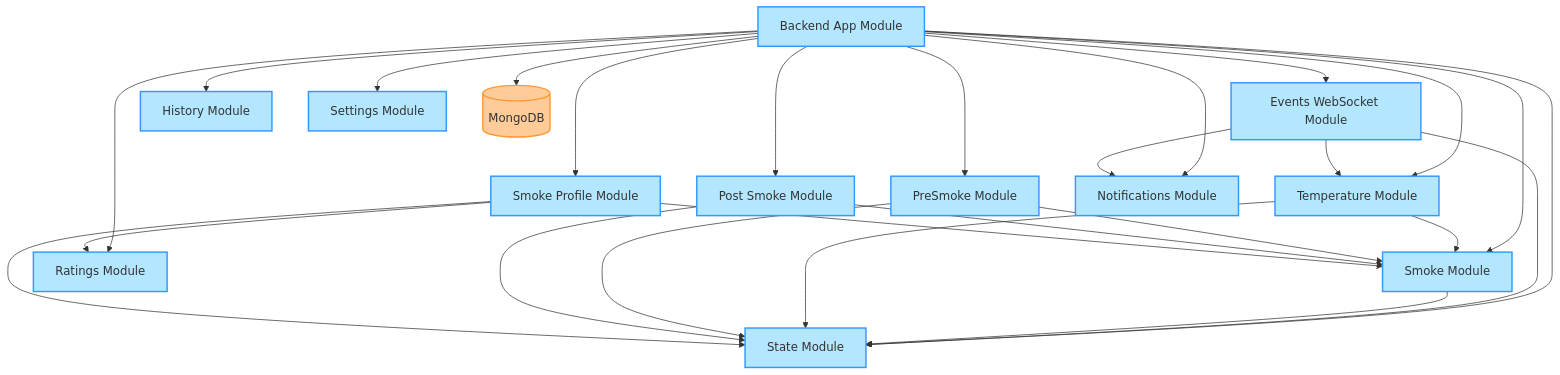
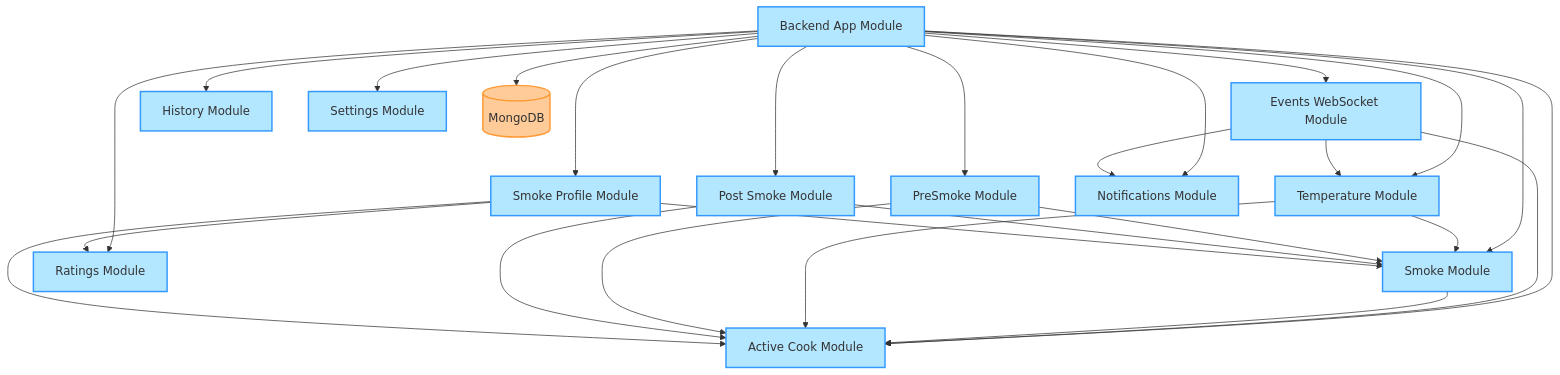
One commit to benjr70/Smart-Smoker-V2 changed the first of 3 diagrams in docs/Backend/backend-architecture.md. Above: the diagram before and after it, drawn with Mermaid. The commit also changed other lines of this file and 32 other files, not shown here.

First line of the commit message:
feat(backend): delete the leftovers — State module, current-smoke helper, raw state routes (#754) (#776)

````diff
--- a/docs/Backend/backend-architecture.md
+++ b/docs/Backend/backend-architecture.md
@@ -10,47 +10,47 @@
 ```mermaid
 graph TD
-    AppModule[Backend App Module] --> StateModule[State Module]
+    AppModule[Backend App Module] --> ActiveCookModule[Active Cook Module]
     AppModule --> PreSmokeModule[PreSmoke Module]
     AppModule --> SmokeModule[Smoke Module]
     AppModule --> EventsModule[Events WebSocket Module]
     AppModule --> TempModule[Temperature Module]
     AppModule --> SmokeProfileModule[Smoke Profile Module]
     AppModule --> PostSmokeModule[Post Smoke Module]
     AppModule --> RatingsModel[Ratings Module]
     AppModule --> HistoryModule[History Module]
     AppModule --> NotificationsModule[Notifications Module]
     AppModule --> SettingsModule[Settings Module]
     
     %% WebSocket gateway dependencies
-    EventsModule --> StateModule
+    EventsModule --> ActiveCookModule
     EventsModule --> TempModule
     EventsModule --> NotificationsModule
     
     %% Smoke Module dependencies
-    SmokeModule --> StateModule
+    SmokeModule --> ActiveCookModule
     
     %% Temp Module dependencies
-    TempModule --> StateModule
+    TempModule --> ActiveCookModule
     TempModule --> SmokeModule
     
     %% PreSmoke Module dependencies
-    PreSmokeModule --> StateModule
+    PreSmokeModule --> ActiveCookModule
     PreSmokeModule --> SmokeModule
     
     %% PostSmoke Module dependencies
-    PostSmokeModule --> StateModule
+    PostSmokeModule --> ActiveCookModule
     PostSmokeModule --> SmokeModule
     
     %% SmokeProfile Module dependencies
-    SmokeProfileModule --> StateModule
+    SmokeProfileModule --> ActiveCookModule
     SmokeProfileModule --> SmokeModule
     SmokeProfileModule --> RatingsModel
     
     %% Database connection
     AppModule --> MongoDB[(MongoDB)]
     
     classDef module fill:#b3e6ff,stroke:#3399ff,stroke-width:2px;
     classDef database fill:#ffcc99,stroke:#ff9933,stroke-width:2px;
-    class AppModule,StateModule,PreSmokeModule,SmokeModule,EventsModule,TempModule,SmokeProfileModule,PostSmokeModule,RatingsModel,HistoryModule,NotificationsModule,SettingsModule module;
+    class AppModule,ActiveCookModule,PreSmokeModule,SmokeModule,EventsModule,TempModule,SmokeProfileModule,PostSmokeModule,RatingsModel,HistoryModule,NotificationsModule,SettingsModule module;
     class MongoDB database;
 ```
````
